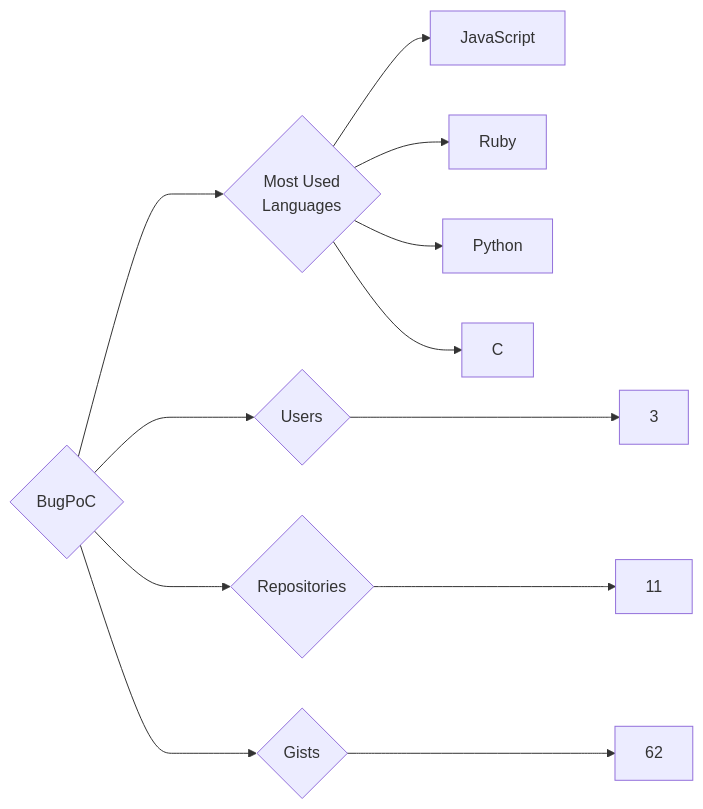
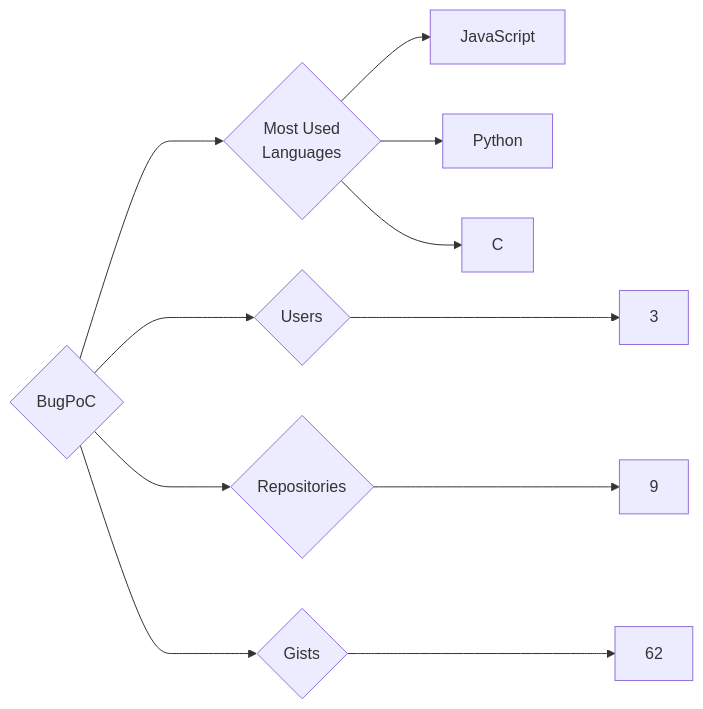
The diagram in targets/BugPoC/README.md (trickest/insiders), drawn with Mermaid before and after one commit. The commit also changed 1078 other files, not shown here.

````diff
--- a/targets/BugPoC/README.md
+++ b/targets/BugPoC/README.md
@@ -3,12 +3,11 @@
 ```mermaid
 graph LR
 COMPANY_NAME{BugPoC}
 COMPANY_NAME ---> U{Users} ---> UN[3]
-COMPANY_NAME ---> R{Repositories} ---> RN[11]
+COMPANY_NAME ---> R{Repositories} ---> RN[9]
 COMPANY_NAME ---> G{Gists} ---> GN[62]
 COMPANY_NAME ---> ML{Most Used<br>Languages}
 ML --> JavaScript[JavaScript]
-ML --> Ruby[Ruby]
 ML --> Python[Python]
 ML --> C[C]
 ```
````
